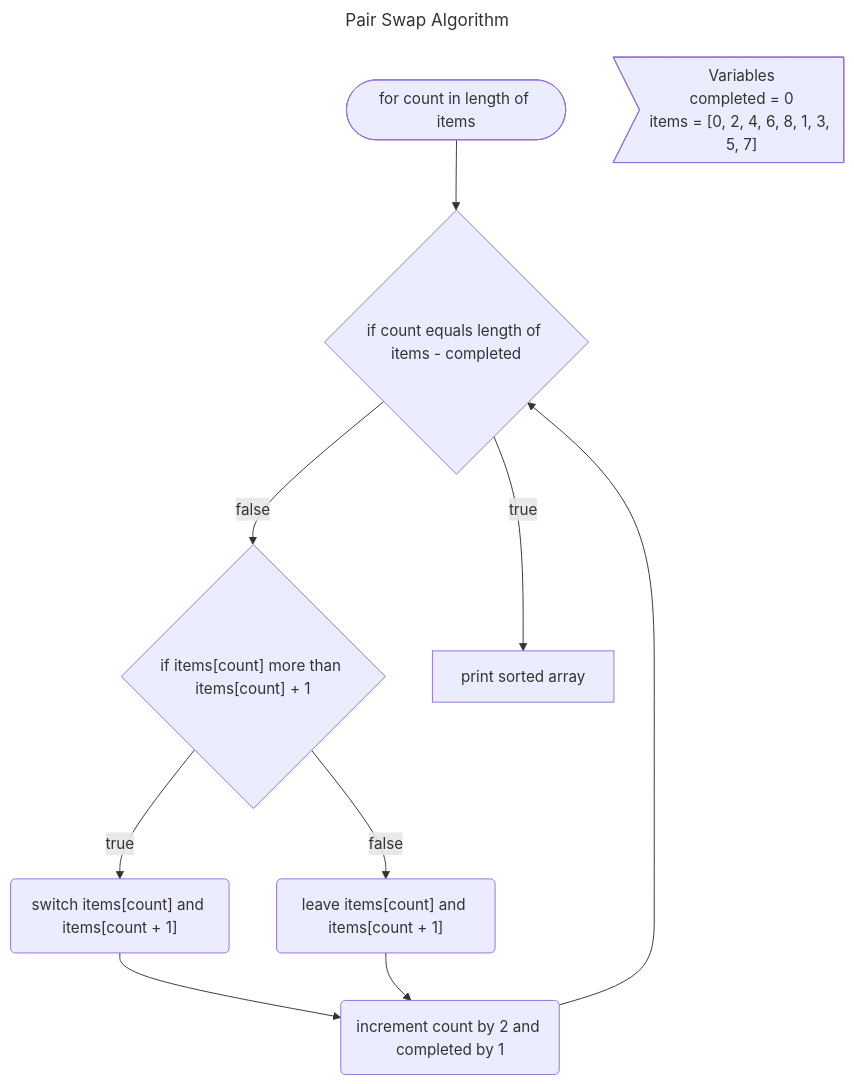
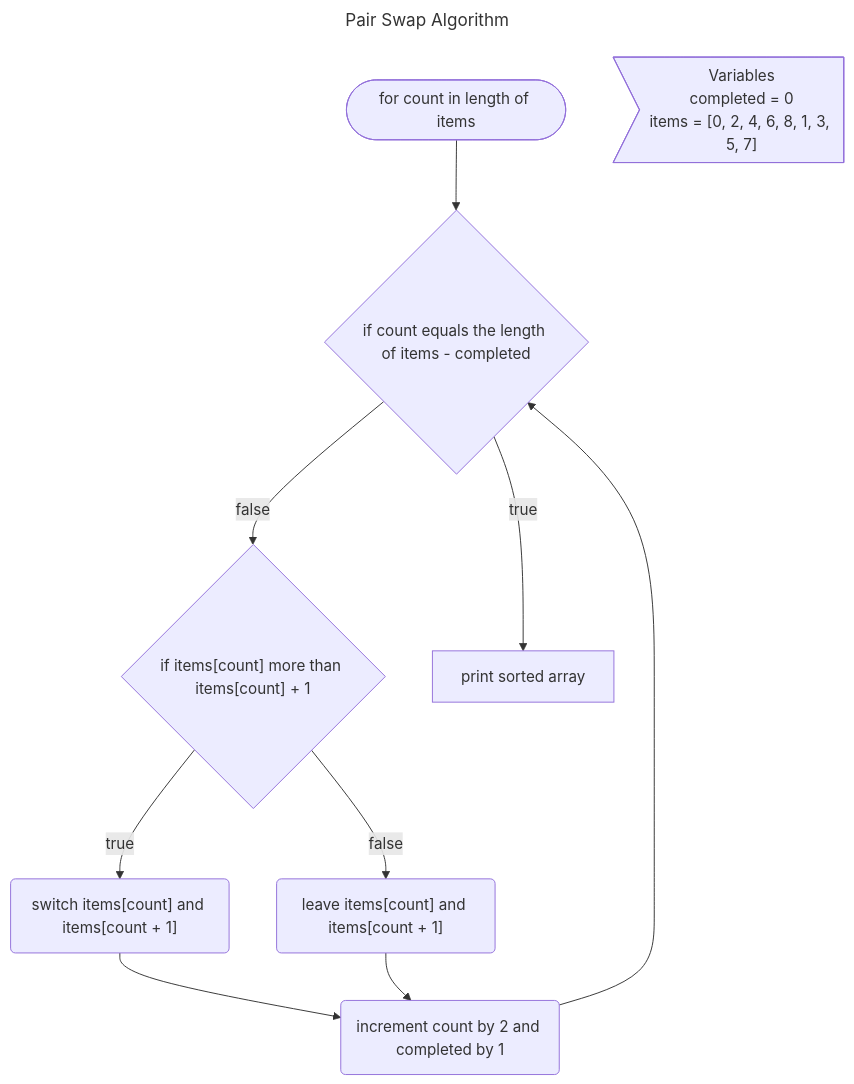
Before and after one commit to maclong9/harvard-compsci: the fifth of 5 diagrams in CS50/03-Algorithms/README.md, drawn with Mermaid. The commit also changed other lines of this file, not shown here.

````diff
--- a/CS50/03-Algorithms/README.md
+++ b/CS50/03-Algorithms/README.md
@@ -116,16 +116,16 @@
 ``` mermaid
 ---
 title: Pair Swap Algorithm
 ---
 
 flowchart TD
     vars>"Variables\ncompleted = 0\nitems = [0, 2, 4, 6, 8, 1, 3, 5, 7]"]
     1(["for count in length of items"]) -->
-    2{"if count equals length of items - completed"} 
+    2{"if count equals the length of items - completed"} 
     2 --> |true| 8["print sorted array"]
     2 --> |false| 3
     3{"if items[count] more than items[count] + 1"}
     3 --> |true| 5("switch items[count] and items[count + 1]")
     3 --> |false| 6("leave items[count] and items[count + 1]")
     5 & 6 --> 7("increment count by 2 and completed by 1") --> 2
 ``` 
````
